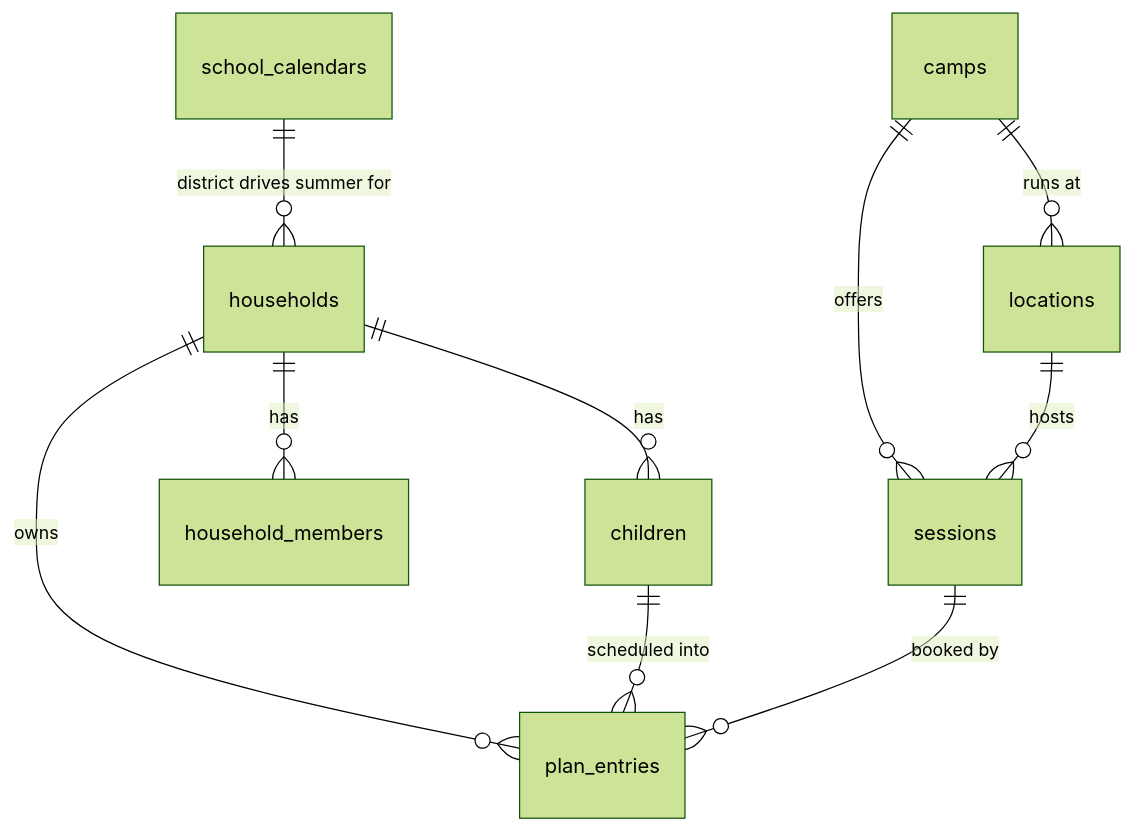
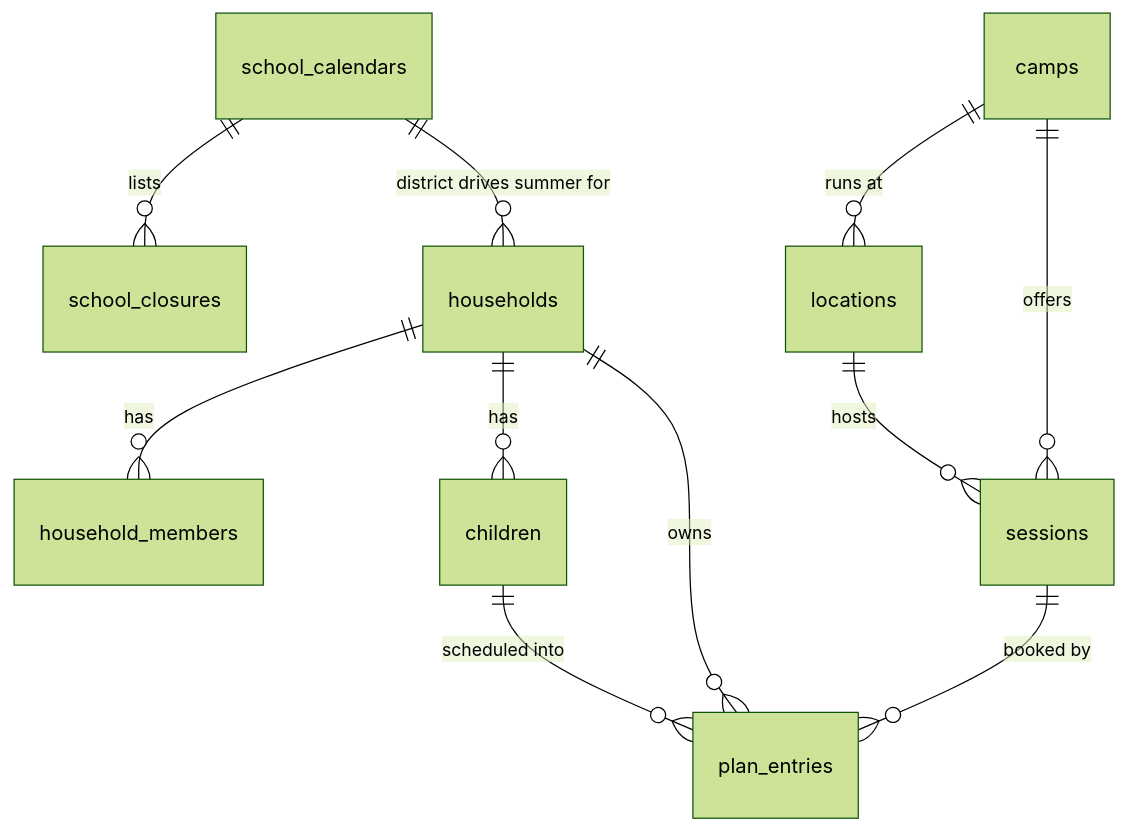
One commit to VTHoop/campout changed the diagram in docs/ARCHITECTURE.md. Above: the diagram before and after it, drawn with Mermaid (forest theme). The commit also changed other lines of this file and 3 other files, not shown here.

First line of the commit message:
Document the closure model in architecture, abstractions and record spec

````diff
--- a/docs/ARCHITECTURE.md
+++ b/docs/ARCHITECTURE.md
@@ -36,12 +36,13 @@
 ```mermaid
 erDiagram
     camps ||--o{ locations : "runs at"
     camps ||--o{ sessions : offers
     locations ||--o{ sessions : hosts
     households ||--o{ household_members : "has"
     households ||--o{ children : "has"
     households ||--o{ plan_entries : owns
     children ||--o{ plan_entries : "scheduled into"
     sessions ||--o{ plan_entries : "booked by"
+    school_calendars ||--o{ school_closures : "lists"
     school_calendars ||--o{ households : "district drives summer for"
 ```
````
